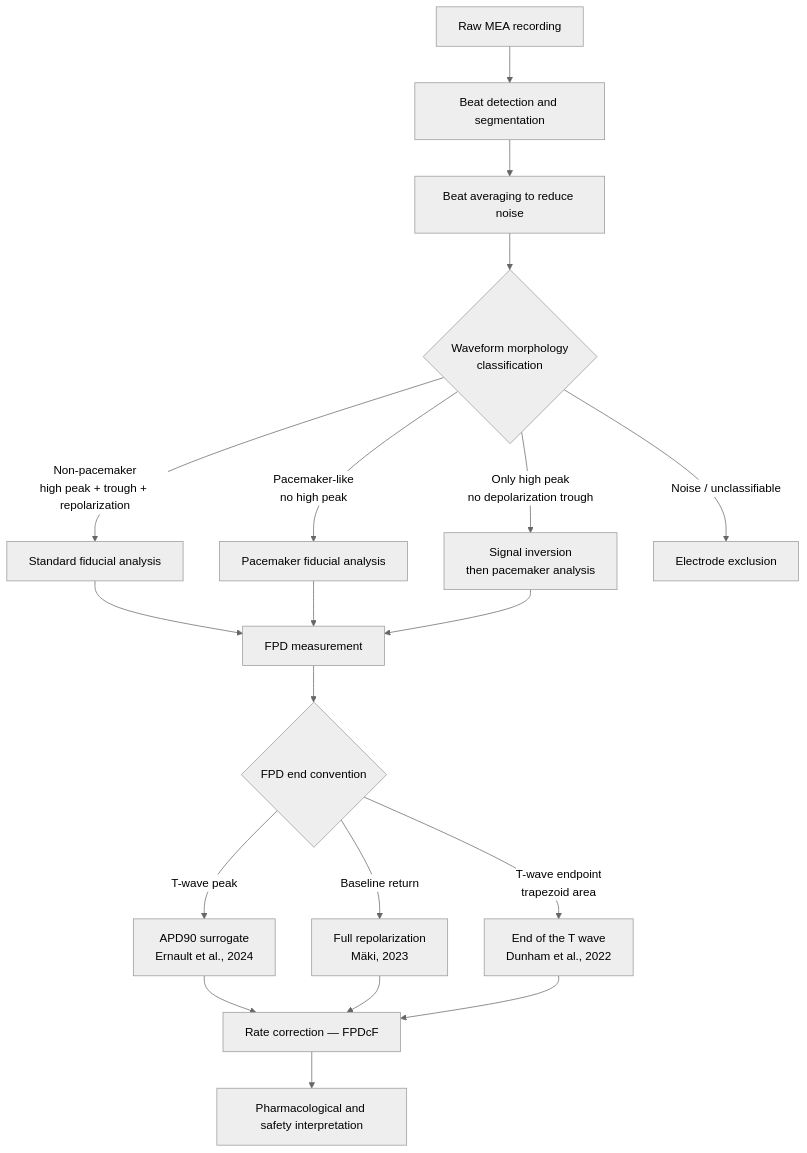
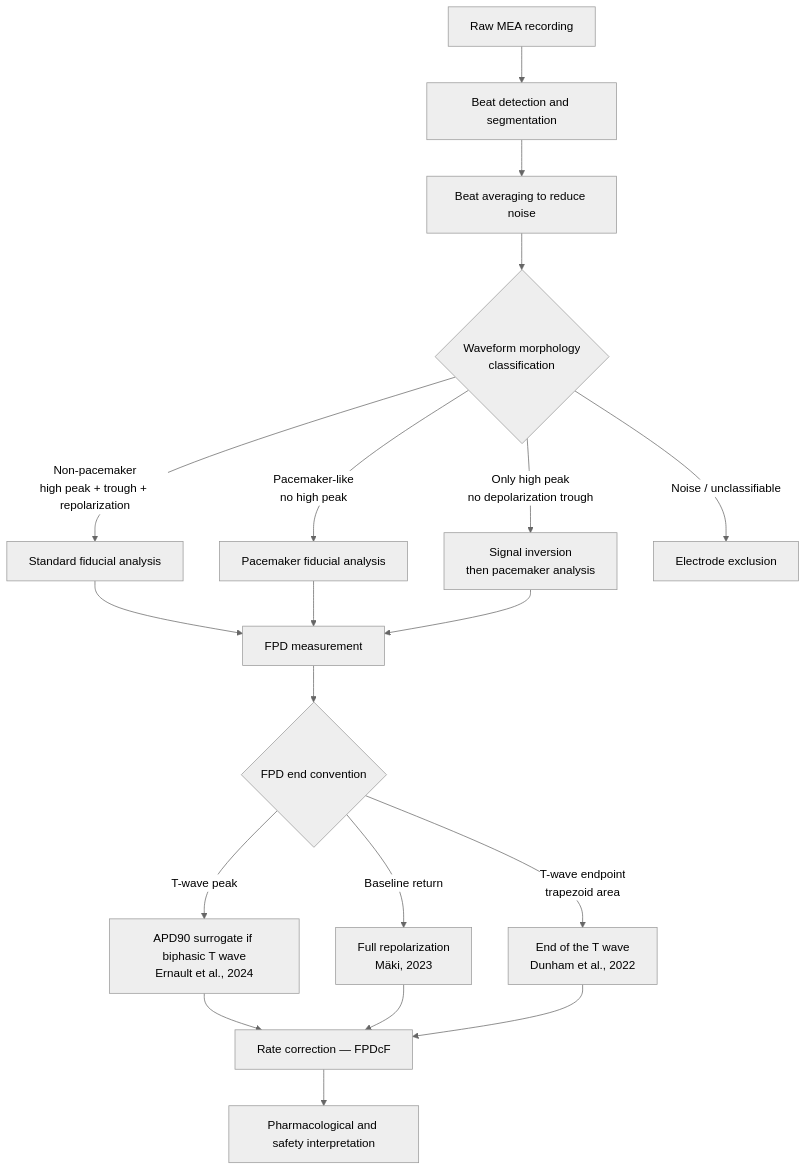
The second of 2 diagrams in main.md (AnaHill/MEA_review_llm_wiki), drawn with Mermaid (neutral theme) before and after one commit. The commit also changed 2 other files, not shown here.

Commit message:
grinding Enault, add the biphasic T-wave condition to the APD90 surrogate branch of Figure 2 and update the Ernault claim

````diff
--- a/main.md
+++ b/main.md
@@ -159,21 +159,21 @@
 ```mermaid
 flowchart TD
     A[Raw MEA recording] --> B[Beat detection and segmentation]
     B --> C[Beat averaging to reduce noise]
     C --> D{Waveform morphology\nclassification}
     D -->|Non-pacemaker\nhigh peak + trough + repolarization| E[Standard fiducial analysis]
     D -->|Pacemaker-like\nno high peak| F[Pacemaker fiducial analysis]
     D -->|Only high peak\nno depolarization trough| G[Signal inversion\nthen pacemaker analysis]
     D -->|Noise / unclassifiable| H[Electrode exclusion]
     E --> I[FPD measurement]
     F --> I
     G --> I
     I --> J{FPD end convention}
-    J -->|T-wave peak| K[APD90 surrogate\nErnault et al., 2024]
+    J -->|T-wave peak| K[APD90 surrogate if biphasic T wave\nErnault et al., 2024]
     J -->|Baseline return| L[Full repolarization\nMäki, 2023]
     J -->|T-wave endpoint\ntrapezoid area| P[End of the T wave\nDunham et al., 2022]
     K --> M[Rate correction — FPDcF]
     L --> M
     P --> M
     M --> N[Pharmacological and safety interpretation]
 ```
````
